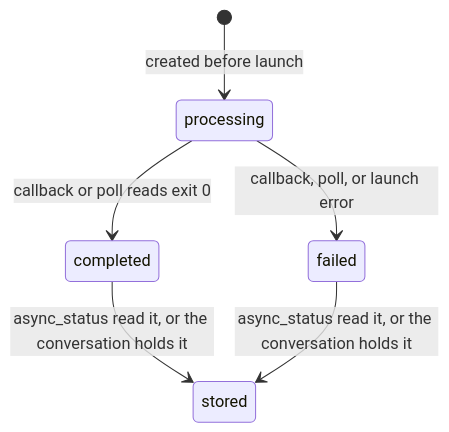
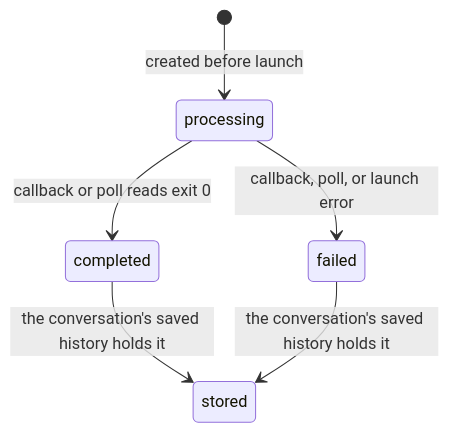
Before and after one commit to beeblastco/broods: diagram 11 of 22 in apps/docs/docs/internals/sandboxes.md, drawn with Mermaid. The commit also changed other lines of this file and 22 other files, not shown here.

First line of the commit message:
fix(runtime): a late result is stored only by the history write that saves it (#1183)

````diff
--- a/apps/docs/docs/internals/sandboxes.md
+++ b/apps/docs/docs/internals/sandboxes.md
@@ -317,8 +318,8 @@
 ```mermaid
 stateDiagram-v2
   [*] --> processing: created before launch
   processing --> completed: callback or poll reads exit 0
   processing --> failed: callback, poll, or launch error
-  completed --> stored: async_status read it, or the conversation holds it
-  failed --> stored: async_status read it, or the conversation holds it
+  completed --> stored: the conversation's saved history holds it
+  failed --> stored: the conversation's saved history holds it
 ```
````
